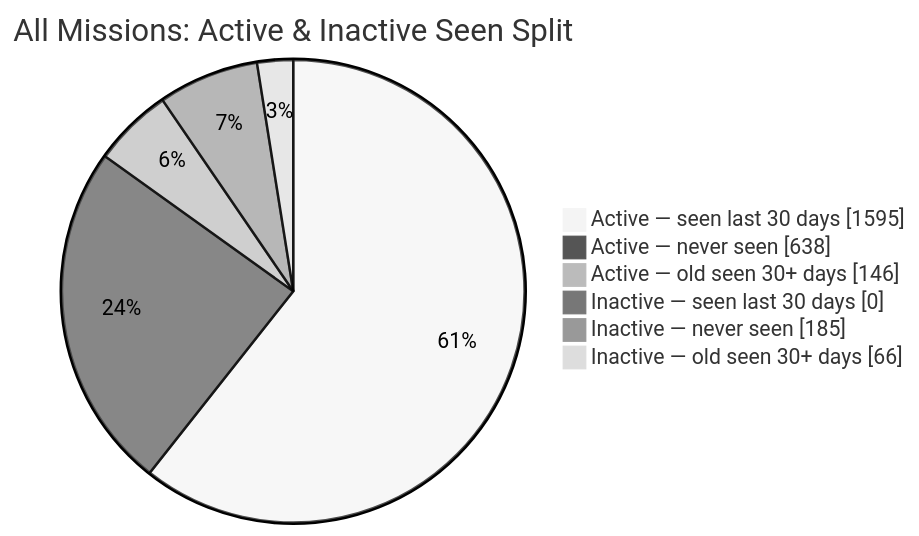
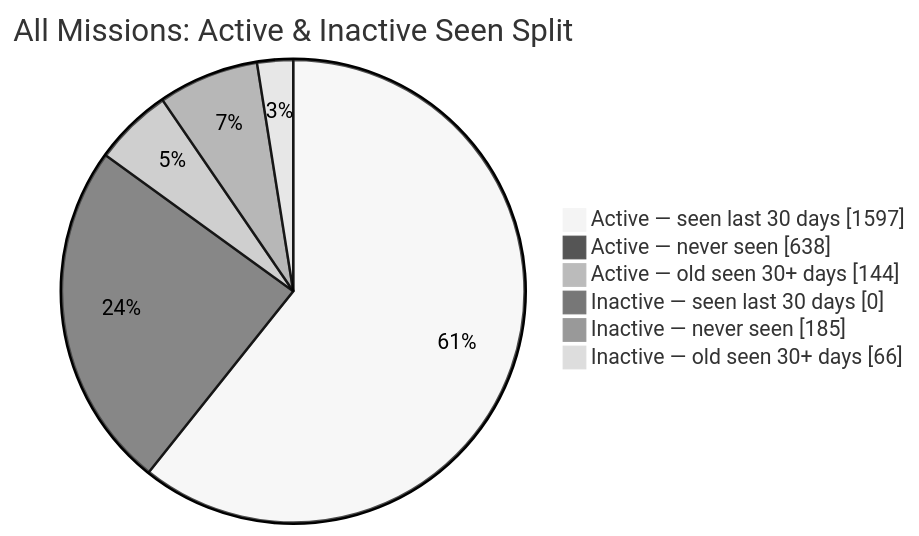
The second of 2 diagrams in README.md (MeldkamerspelGameTeam/active-missions), drawn with Mermaid (neutral theme) before and after one commit. The commit also changed other lines of this file and 3 other files, not shown here.

````diff
--- a/README.md
+++ b/README.md
@@ -44,10 +44,10 @@
 ```mermaid
 pie showData
     title All Missions: Active & Inactive Seen Split
-    "Active — seen last 30 days" : 1595
+    "Active — seen last 30 days" : 1597
     "Active — never seen" : 638
-    "Active — old seen 30+ days" : 146
+    "Active — old seen 30+ days" : 144
     "Inactive — seen last 30 days" : 0
     "Inactive — never seen" : 185
     "Inactive — old seen 30+ days" : 66
 ```
````
